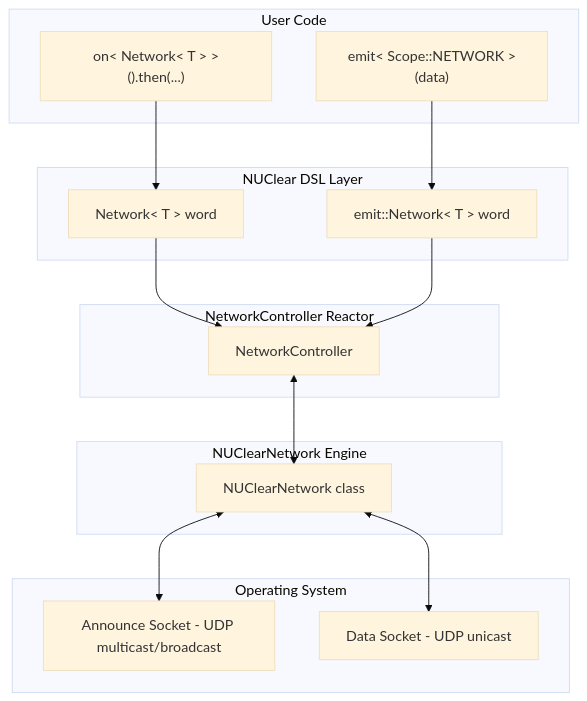
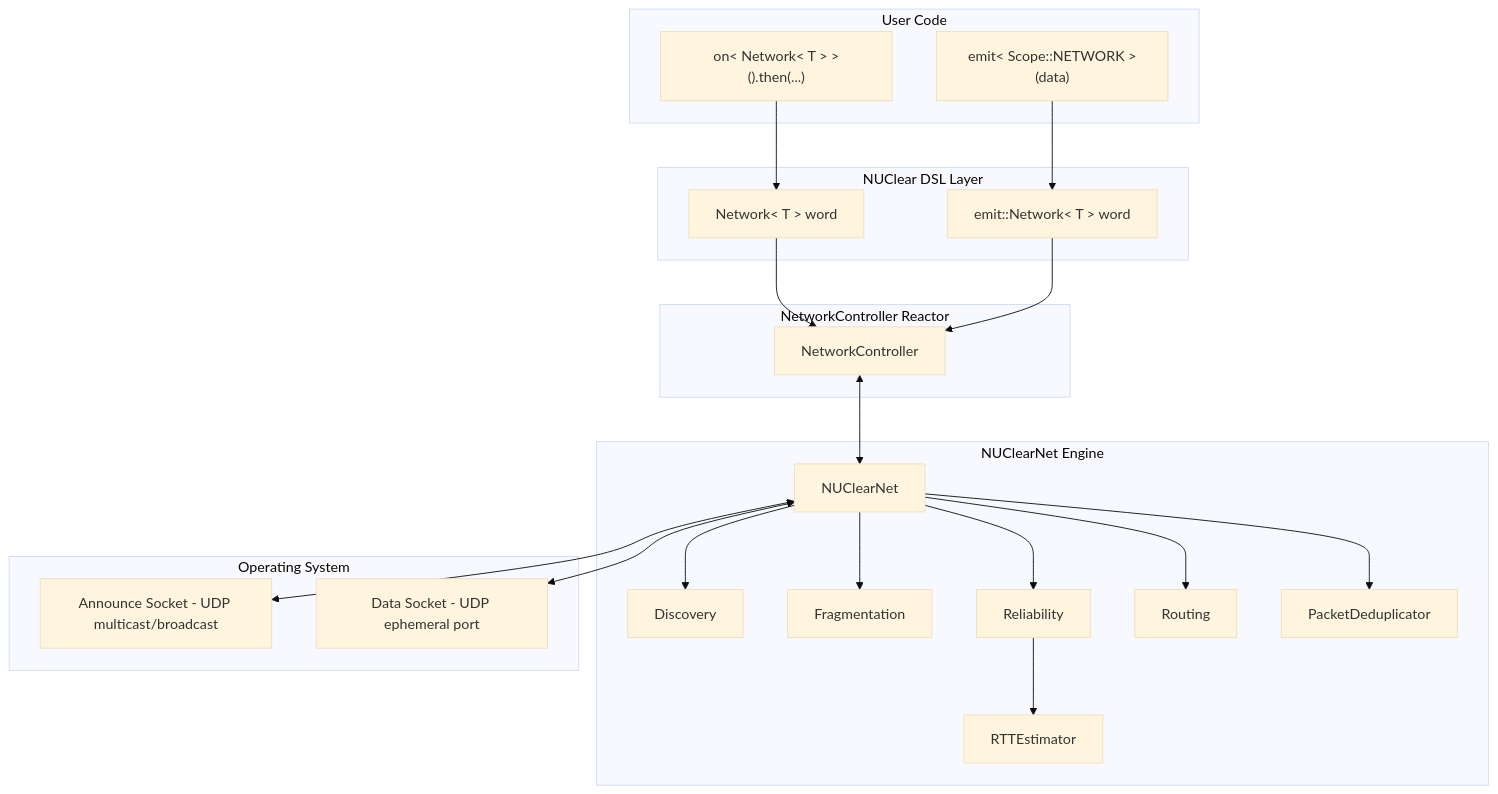
Before and after one commit to Fastcode/NUClear: the second of 12 diagrams in docs/explanation/nuclearnet.md, drawn with Mermaid (base theme). The commit also changed other lines of this file and 3 other files, not shown here.

First line of the commit message:
docs: update networking documentation for NUClearNet v2

````diff
--- a/docs/explanation/nuclearnet.md
+++ b/docs/explanation/nuclearnet.md
@@ -37,31 +39,43 @@
 ```mermaid
 graph TB
     subgraph "User Code"
         DSL["on< Network< T > >().then(...)"]
         EMIT["emit< Scope::NETWORK >(data)"]
     end
 
     subgraph "NUClear DSL Layer"
         NW["Network< T > word"]
         NE["emit::Network< T > word"]
     end
 
     subgraph "NetworkController Reactor"
         NC[NetworkController]
     end
 
-    subgraph "NUClearNetwork Engine"
-        NN[NUClearNetwork class]
+    subgraph "NUClearNet Engine"
+        NN[NUClearNet]
+        DISC[Discovery]
+        FRAG[Fragmentation]
+        REL[Reliability]
+        ROUTE[Routing]
+        DEDUP[PacketDeduplicator]
+        RTT[RTTEstimator]
     end
 
     subgraph "Operating System"
         AS[Announce Socket - UDP multicast/broadcast]
-        DS[Data Socket - UDP unicast]
+        DS[Data Socket - UDP ephemeral port]
     end
 
     DSL --> NW --> NC
     EMIT --> NE --> NC
     NC <--> NN
+    NN --> DISC
+    NN --> FRAG
+    NN --> REL
+    NN --> ROUTE
+    NN --> DEDUP
+    REL --> RTT
     NN <--> AS
     NN <--> DS
 ```
````
